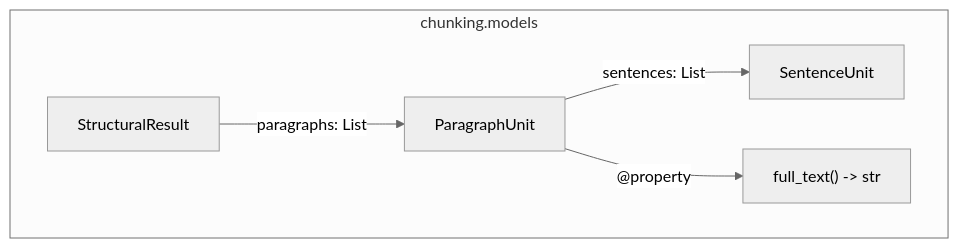
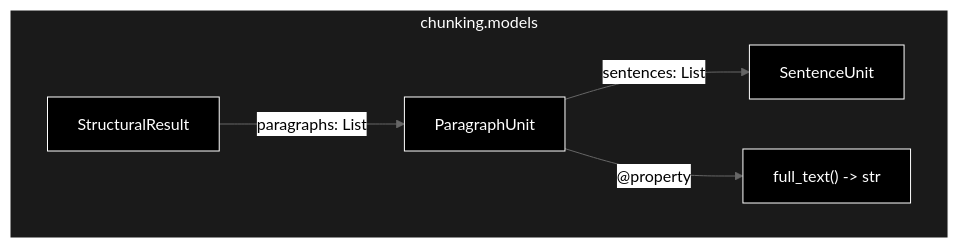
Before and after one commit to nakashima2toshio/ollama_grace_agent_v2: the fourth of 4 diagrams in chunking/doc/step1_2.md, drawn with Mermaid (neutral theme). The commit also changed other lines of this file and 13 other files, not shown here.

````diff
--- a/chunking/doc/step1_2.md
+++ b/chunking/doc/step1_2.md
@@ -602,12 +623,16 @@
 ```mermaid
 flowchart TB
     subgraph MODELS["chunking.models"]
         SR[StructuralResult]
         PU[ParagraphUnit]
         SU[SentenceUnit]
 
         SR -->|"paragraphs: List"| PU
         PU -->|"sentences: List"| SU
         PU -->|"@property"| FT["full_text() -> str"]
     end
+classDef default fill:#000,stroke:#fff,color:#fff
+classDef subgraphStyle fill:#1a1a1a,stroke:#fff,color:#fff
+class SR,PU,SU,FT default
+style MODELS fill:#1a1a1a,stroke:#fff,color:#fff
 ```
````
